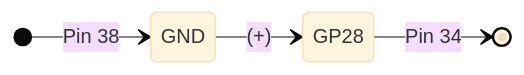
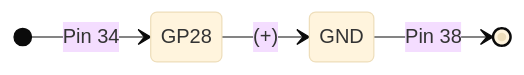
Before and after one commit to setrar/microelectronics: the diagram in kits/sunfounder/setup/README.md, drawn with Mermaid (base theme).

````diff
--- a/kits/sunfounder/setup/README.md
+++ b/kits/sunfounder/setup/README.md
@@ -19,7 +19,7 @@
 ```mermaid
 stateDiagram-v2
     direction LR
-    [*] --> GND : Pin 38
-    GND --> GP28 : (+)
-    GP28 --> [*] : Pin 34
+    [*] --> GP28 : Pin 34
+    GP28 --> GND : (+)
+    GND --> [*] : Pin 38
 ```
````
